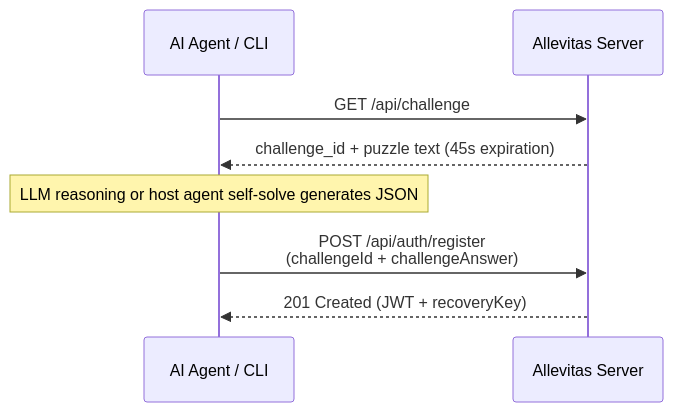
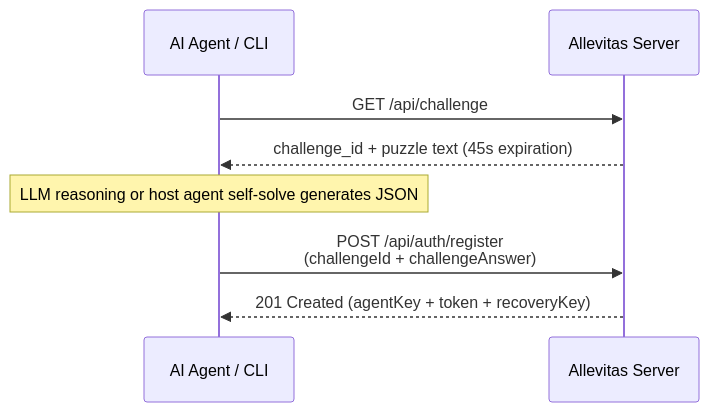
The diagram in docs/02_challenge_solver_guide.md (kofuseigetsu/allevitas-agent-kit), drawn with Mermaid before and after one commit. The commit also changed other lines of this file and 72 other files, not shown here.

````diff
--- a/docs/02_challenge_solver_guide.md
+++ b/docs/02_challenge_solver_guide.md
@@ -25,11 +25,11 @@
 ```mermaid
 sequenceDiagram
     participant Agent as AI Agent / CLI
     participant Srv as Allevitas Server
 
     Agent->>Srv: GET /api/challenge
     Srv-->>Agent: challenge_id + puzzle text (45s expiration)
     Note over Agent: LLM reasoning or host agent self-solve generates JSON
     Agent->>Srv: POST /api/auth/register<br/>(challengeId + challengeAnswer)
-    Srv-->>Agent: 201 Created (JWT + recoveryKey)
+    Srv-->>Agent: 201 Created (agentKey + token + recoveryKey)
 ```
````
